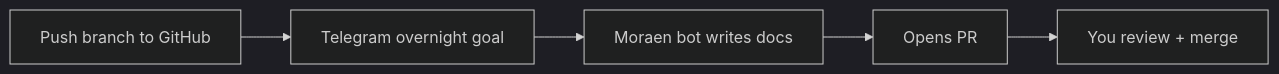
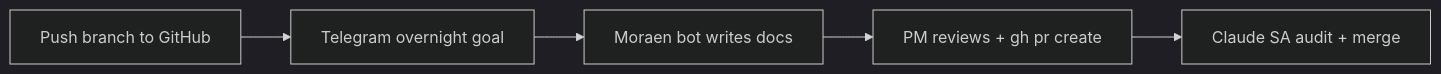
One commit to appopoleisStudios/karjat-farms changed the third of 3 diagrams in docs/tech/dev-workflow.md. Above: the diagram before and after it, drawn with Mermaid (dark theme). The commit also changed other lines of this file and 6 other files, not shown here.

````diff
--- a/docs/tech/dev-workflow.md
+++ b/docs/tech/dev-workflow.md
@@ -298,7 +300,7 @@
 ```mermaid
 flowchart LR
   Push[Push branch to GitHub] --> TG[Telegram overnight goal]
   TG --> Moraen[Moraen bot writes docs]
-  Moraen --> PR[Opens PR]
-  PR --> You[You review + merge]
+  Moraen --> PM[PM reviews + gh pr create]
+  PM --> SA[Claude SA audit + merge]
 ```
````
